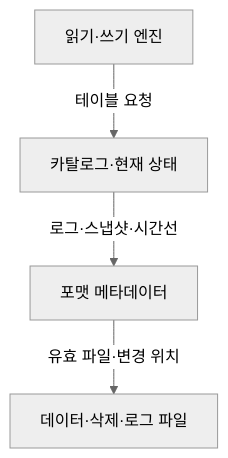
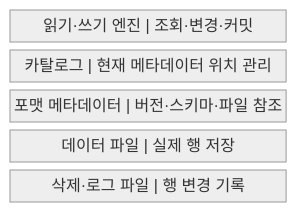
The first of 2 diagrams in src/content/docs/notes/03-software/129_open_table_format.md (agnusdei1207/knowledge-base), drawn with Mermaid (neutral theme) before and after one commit. The commit also changed other lines of this file and 20 other files, not shown here.

````diff
--- a/src/content/docs/notes/03-software/129_open_table_format.md
+++ b/src/content/docs/notes/03-software/129_open_table_format.md
@@ -63,6 +59,9 @@
 ```mermaid
-flowchart TB
-    E[읽기·쓰기 엔진] -->|테이블 요청| C[카탈로그·현재 상태]
-    C -->|로그·스냅샷·시간선| M[포맷 메타데이터]
-    M -->|유효 파일·변경 위치| D[데이터·삭제·로그 파일]
+block
+    columns 1
+    A["읽기·쓰기 엔진 | 조회·변경·커밋"]
+    B["카탈로그 | 현재 메타데이터 위치 관리"]
+    C["포맷 메타데이터 | 버전·스키마·파일 참조"]
+    D["데이터 파일 | 실제 행 저장"]
+    E["삭제·로그 파일 | 행 변경 기록"]
 ```
````
